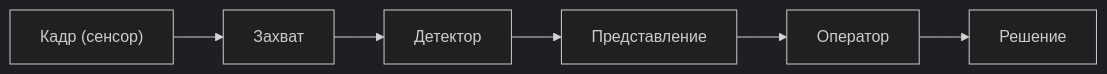
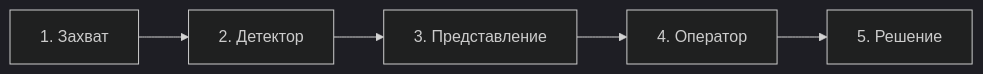
One commit to RedAlexDad/WalkingRobotSim changed the diagram in docs/ergonomics-methodology/recognition-objects/kr-plan-goryachkin.md. Above: the diagram before and after it, drawn with Mermaid (dark theme). The commit also changed other lines of this file, not shown here.

````diff
--- a/docs/ergonomics-methodology/recognition-objects/kr-plan-goryachkin.md
+++ b/docs/ergonomics-methodology/recognition-objects/kr-plan-goryachkin.md
@@ -52,8 +17,4 @@
 ```mermaid
 graph LR
-    F["Кадр (сенсор)"] --> C["Захват"]
-    C --> D["Детектор"]
-    D --> P["Представление"]
-    P --> O["Оператор"]
-    O --> R["Решение"]
+    A["1. Захват"] --> B["2. Детектор"] --> C["3. Представление"] --> D["4. Оператор"] --> E["5. Решение"]
 ```
````
